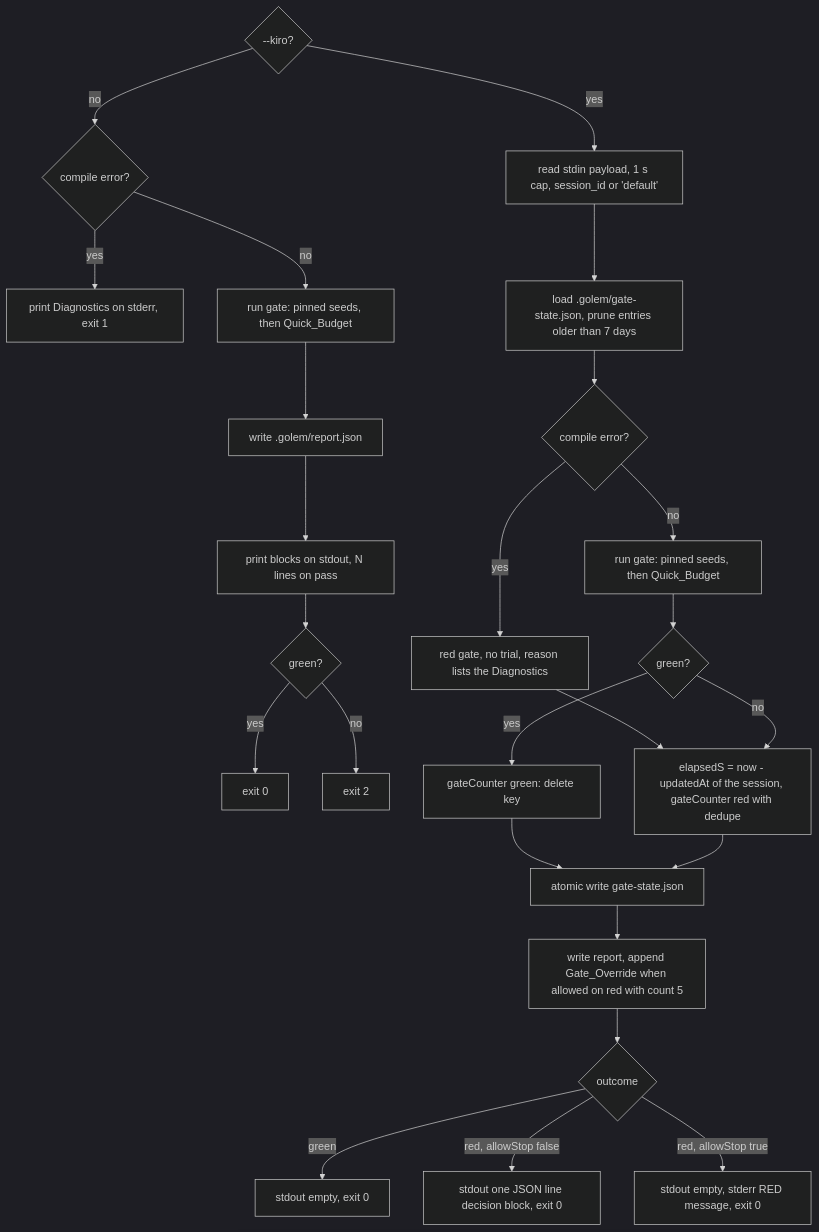
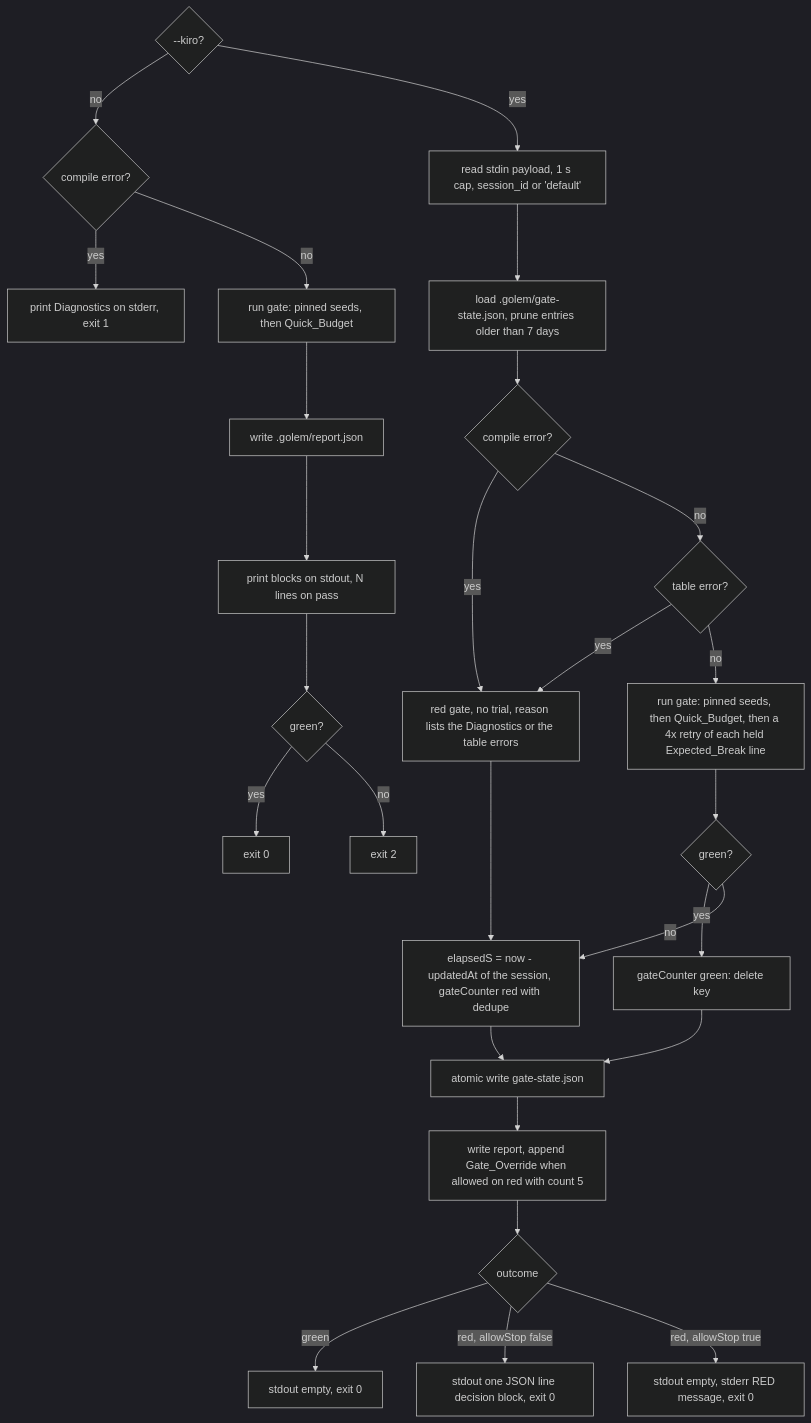
One commit to RohanGlitched/golem changed the fourth of 5 diagrams in .kiro/specs/golem-kit/design.md. Above: the diagram before and after it, drawn with Mermaid (dark theme). The commit also changed other lines of this file and 15 other files, not shown here.

````diff
--- a/.kiro/specs/golem-kit/design.md
+++ b/.kiro/specs/golem-kit/design.md
@@ -161,27 +161,29 @@
 ```mermaid
 flowchart TD
     A{--kiro?} -->|no| N0{compile error?}
     N0 -->|yes| NE[print Diagnostics on stderr, exit 1]
     N0 -->|no| N1[run gate: pinned seeds, then Quick_Budget]
     N1 --> N2[write .golem/report.json]
     N2 --> N3[print blocks on stdout, N lines on pass]
     N3 --> N4{green?}
     N4 -->|yes| N5[exit 0]
     N4 -->|no| N6[exit 2]
     A -->|yes| B[read stdin payload, 1 s cap, session_id or 'default']
     B --> C[load .golem/gate-state.json, prune entries older than 7 days]
     C --> CE{compile error?}
-    CE -->|yes| CR[red gate, no trial, reason lists the Diagnostics]
-    CE -->|no| D[run gate: pinned seeds, then Quick_Budget]
+    CE -->|yes| CR[red gate, no trial, reason lists the Diagnostics or the table errors]
+    CE -->|no| TE{table error?}
+    TE -->|yes| CR
+    TE -->|no| D[run gate: pinned seeds, then Quick_Budget, then a 4x retry of each held Expected_Break line]
     D --> F{green?}
     CR --> H
     F -->|yes| G[gateCounter green: delete key]
     F -->|no| H[elapsedS = now - updatedAt of the session, gateCounter red with dedupe]
     G --> I[atomic write gate-state.json]
     H --> I
     I --> R[write report, append Gate_Override when allowed on red with count 5]
     R --> J{outcome}
     J -->|green| K[stdout empty, exit 0]
     J -->|red, allowStop false| M[stdout one JSON line decision block, exit 0]
     J -->|red, allowStop true| L[stdout empty, stderr RED message, exit 0]
 ```
````
